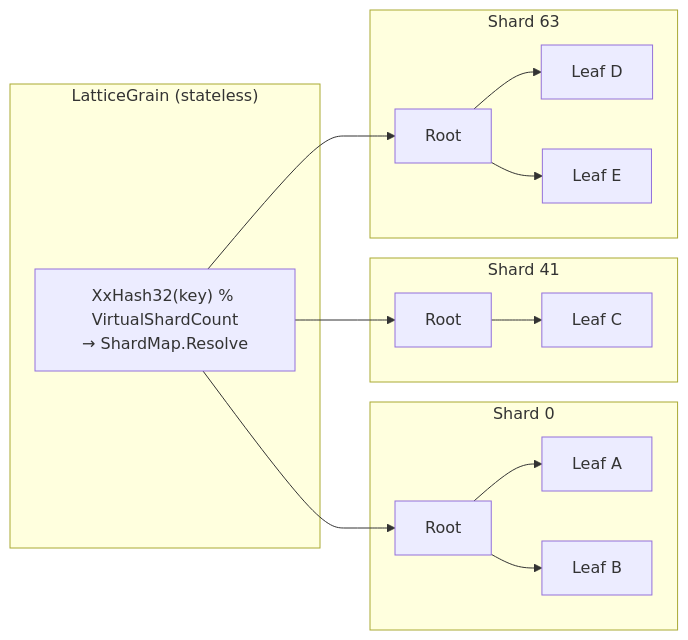
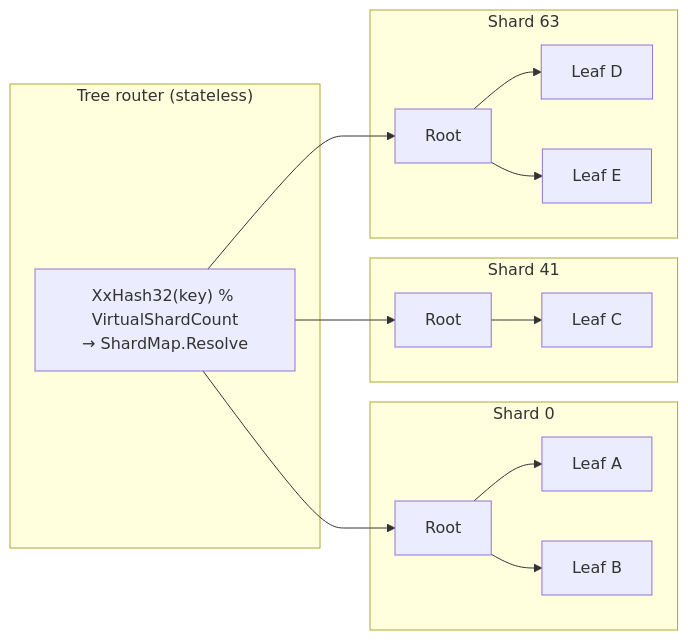
Before and after one commit to NSTA1/Orleans.Lattice: the second of 3 diagrams in docs/lattice/architecture.md, drawn with Mermaid. The commit also changed other lines of this file and 74 other files, not shown here.

````diff
--- a/docs/lattice/architecture.md
+++ b/docs/lattice/architecture.md
@@ -62,24 +62,24 @@
 ```mermaid
 flowchart LR
-    subgraph Router["LatticeGrain (stateless)"]
+    subgraph Router["Tree router (stateless)"]
         H["XxHash32(key) % VirtualShardCount<br/>→ ShardMap.Resolve"]
     end
 
     subgraph Shard0["Shard 0"]
         R0[Root] --> LA[Leaf A]
         R0 --> LB[Leaf B]
     end
 
     subgraph Shard41["Shard 41"]
         R41[Root] --> LC[Leaf C]
     end
 
     subgraph Shard63["Shard 63"]
         R63[Root] --> LD[Leaf D]
         R63 --> LE[Leaf E]
     end
 
     H --> R0
     H --> R41
     H --> R63
 ```
````
